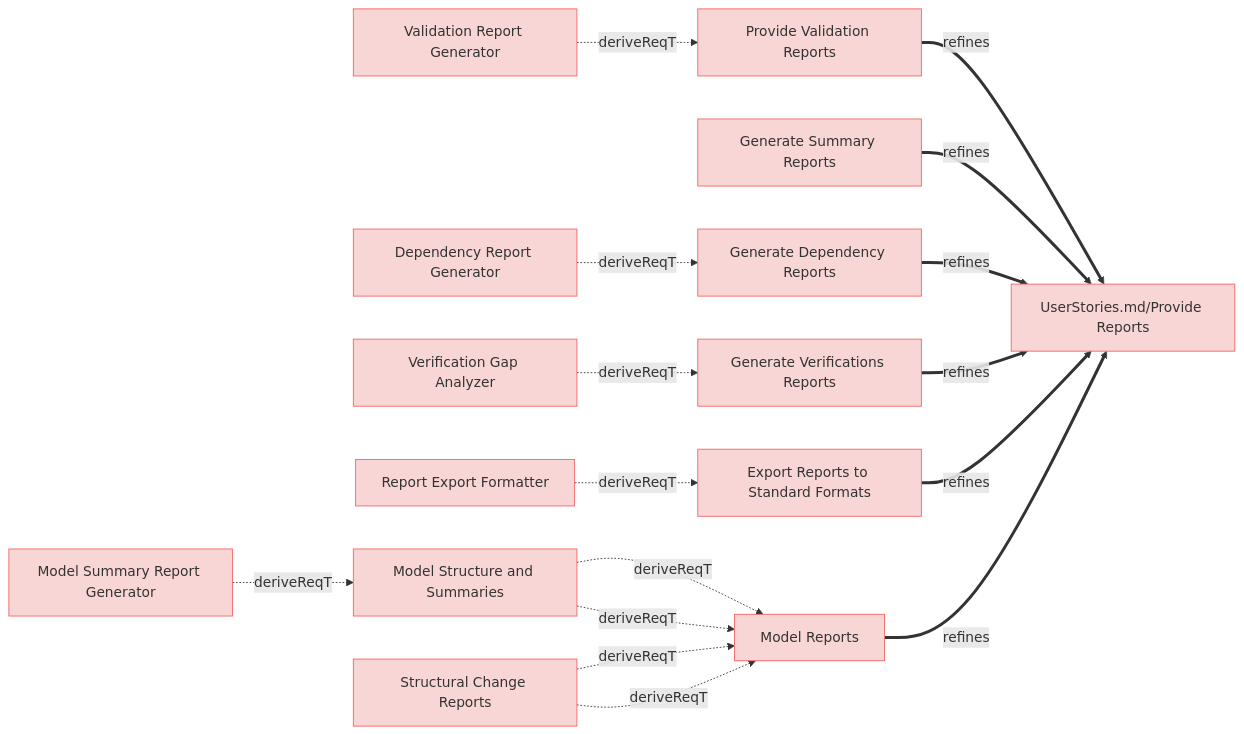
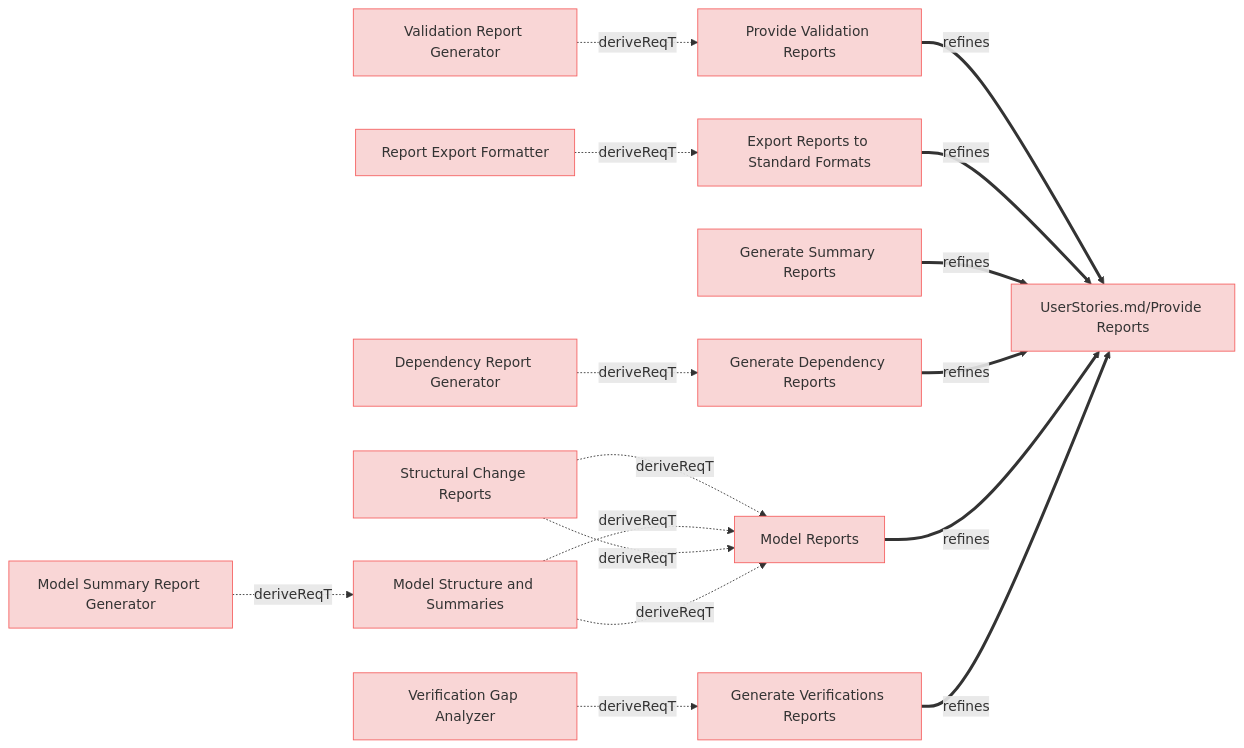
One commit to reqvire-org/reqvire changed the fifth of 9 diagrams in specifications/UserRequirements.md. Above: the diagram before and after it, drawn with Mermaid. The commit also changed other lines of this file and 7 other files, not shown here.

````diff
--- a/specifications/UserRequirements.md
+++ b/specifications/UserRequirements.md
@@ -471,66 +471,66 @@
 ```mermaid
 graph LR;
   %% Graph styling
   classDef requirement fill:#f9d6d6,stroke:#f55f5f,stroke-width:1px;
   classDef verification fill:#d6f9d6,stroke:#5fd75f,stroke-width:1px;
   classDef externalLink fill:#d0e0ff,stroke:#3080ff,stroke-width:1px;
   classDef default fill:#f5f5f5,stroke:#333333,stroke-width:1px;
 
+  32850509a0["Structural Change Reports"];
+  click 32850509a0 "UserRequirements.md#structural-change-reports";
+  class 32850509a0 requirement;
+  f8e7625d29["Model Reports"];
+  class f8e7625d29 requirement;
+  click f8e7625d29 "UserRequirements.md#model-reports";
+  32850509a0 -.->|deriveReqT| f8e7625d29;
   482c757913["Provide Validation Reports"];
   click 482c757913 "UserRequirements.md#provide-validation-reports";
   class 482c757913 requirement;
   fe32882ee2["UserStories.md/Provide Reports"];
   class fe32882ee2 requirement;
   click fe32882ee2 "UserStories.md#provide-reports";
   482c757913 ==>|refines| fe32882ee2;
   143766be8c["Validation Report Generator"];
   class 143766be8c requirement;
   click 143766be8c "SystemRequirements/Requirements.md#validation-report-generator";
   143766be8c -.->|deriveReqT| 482c757913;
+  b342220e0d["Model Structure and Summaries"];
+  click b342220e0d "UserRequirements.md#model-structure-and-summaries";
+  class b342220e0d requirement;
+  b342220e0d -.->|deriveReqT| f8e7625d29;
+  cccd4e46e2["Model Summary Report Generator"];
+  class cccd4e46e2 requirement;
+  click cccd4e46e2 "SystemRequirements/Requirements.md#model-summary-report-generator";
+  cccd4e46e2 -.->|deriveReqT| b342220e0d;
+  2afa7f3a20["Export Reports to Standard Formats"];
+  click 2afa7f3a20 "UserRequirements.md#export-reports-to-standard-formats";
+  class 2afa7f3a20 requirement;
+  2afa7f3a20 ==>|refines| fe32882ee2;
+  2ccb7e5510["Report Export Formatter"];
+  class 2ccb7e5510 requirement;
+  click 2ccb7e5510 "SystemRequirements/Requirements.md#report-export-formatter";
+  2ccb7e5510 -.->|deriveReqT| 2afa7f3a20;
   596c459d31["Generate Summary Reports"];
   click 596c459d31 "UserRequirements.md#generate-summary-reports";
   class 596c459d31 requirement;
   596c459d31 ==>|refines| fe32882ee2;
   812d42f453["Generate Dependency Reports"];
   click 812d42f453 "UserRequirements.md#generate-dependency-reports";
   class 812d42f453 requirement;
   812d42f453 ==>|refines| fe32882ee2;
   57cbef16c5["Dependency Report Generator"];
   class 57cbef16c5 requirement;
   click 57cbef16c5 "SystemRequirements/Requirements.md#dependency-report-generator";
   57cbef16c5 -.->|deriveReqT| 812d42f453;
+  f8e7625d29 ==>|refines| fe32882ee2;
+  32850509a0 -.->|deriveReqT| f8e7625d29;
+  b342220e0d -.->|deriveReqT| f8e7625d29;
   d0e9e8d143["Generate Verifications Reports"];
   click d0e9e8d143 "UserRequirements.md#generate-verifications-reports";
   class d0e9e8d143 requirement;
   d0e9e8d143 ==>|refines| fe32882ee2;
   d842bc0e30["Verification Gap Analyzer"];
   class d842bc0e30 requirement;
   click d842bc0e30 "SystemRequirements/Requirements.md#verification-gap-analyzer";
   d842bc0e30 -.->|deriveReqT| d0e9e8d143;
-  2afa7f3a20["Export Reports to Standard Formats"];
-  click 2afa7f3a20 "UserRequirements.md#export-reports-to-standard-formats";
-  class 2afa7f3a20 requirement;
-  2afa7f3a20 ==>|refines| fe32882ee2;
-  2ccb7e5510["Report Export Formatter"];
-  class 2ccb7e5510 requirement;
-  click 2ccb7e5510 "SystemRequirements/Requirements.md#report-export-formatter";
-  2ccb7e5510 -.->|deriveReqT| 2afa7f3a20;
-  b342220e0d["Model Structure and Summaries"];
-  click b342220e0d "UserRequirements.md#model-structure-and-summaries";
-  class b342220e0d requirement;
-  f8e7625d29["Model Reports"];
-  class f8e7625d29 requirement;
-  click f8e7625d29 "UserRequirements.md#model-reports";
-  b342220e0d -.->|deriveReqT| f8e7625d29;
-  cccd4e46e2["Model Summary Report Generator"];
-  class cccd4e46e2 requirement;
-  click cccd4e46e2 "SystemRequirements/Requirements.md#model-summary-report-generator";
-  cccd4e46e2 -.->|deriveReqT| b342220e0d;
-  32850509a0["Structural Change Reports"];
-  click 32850509a0 "UserRequirements.md#structural-change-reports";
-  class 32850509a0 requirement;
-  32850509a0 -.->|deriveReqT| f8e7625d29;
-  f8e7625d29 ==>|refines| fe32882ee2;
-  b342220e0d -.->|deriveReqT| f8e7625d29;
-  32850509a0 -.->|deriveReqT| f8e7625d29;
 ```
````
